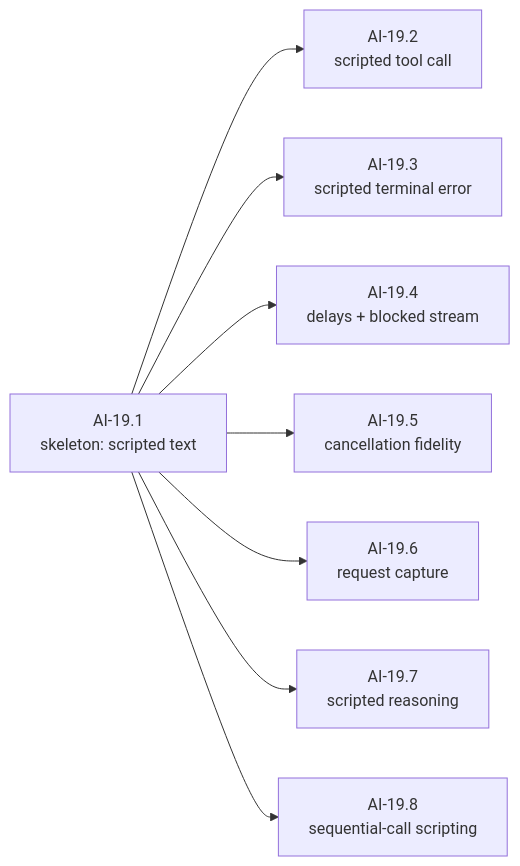
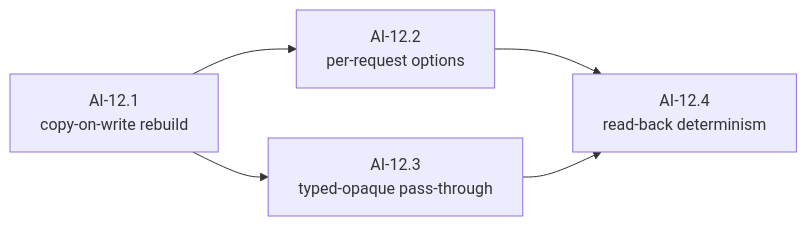
The ninth of 29 diagrams in docs/architecture/milestones/0002-cachicamas-ai-layer-1-task-graph.md (witsaba/cachicamas), drawn with Mermaid before and after one commit. The commit also changed other lines of this file, not shown here.

First line of the commit message:
docs: rewrite Layer 1 task graph as a from-zero plan (AI-00 … AI-40)

````diff
--- a/docs/architecture/milestones/0002-cachicamas-ai-layer-1-task-graph.md
+++ b/docs/architecture/milestones/0002-cachicamas-ai-layer-1-task-graph.md
@@ -589,10 +751,7 @@
 ```mermaid
 flowchart LR
-    G1["AI-19.1<br/>skeleton: scripted text"] --> G2["AI-19.2<br/>scripted tool call"]
-    G1 --> G3["AI-19.3<br/>scripted terminal error"]
-    G1 --> G4["AI-19.4<br/>delays + blocked stream"]
-    G1 --> G5["AI-19.5<br/>cancellation fidelity"]
-    G1 --> G6["AI-19.6<br/>request capture"]
-    G1 --> G7["AI-19.7<br/>scripted reasoning"]
-    G1 --> G8["AI-19.8<br/>sequential-call scripting"]
+    K1["AI-12.1<br/>copy-on-write rebuild"] --> K2["AI-12.2<br/>per-request options"]
+    K1 --> K3["AI-12.3<br/>typed-opaque pass-through"]
+    K2 --> K4["AI-12.4<br/>read-back determinism"]
+    K3 --> K4
 ```
````
